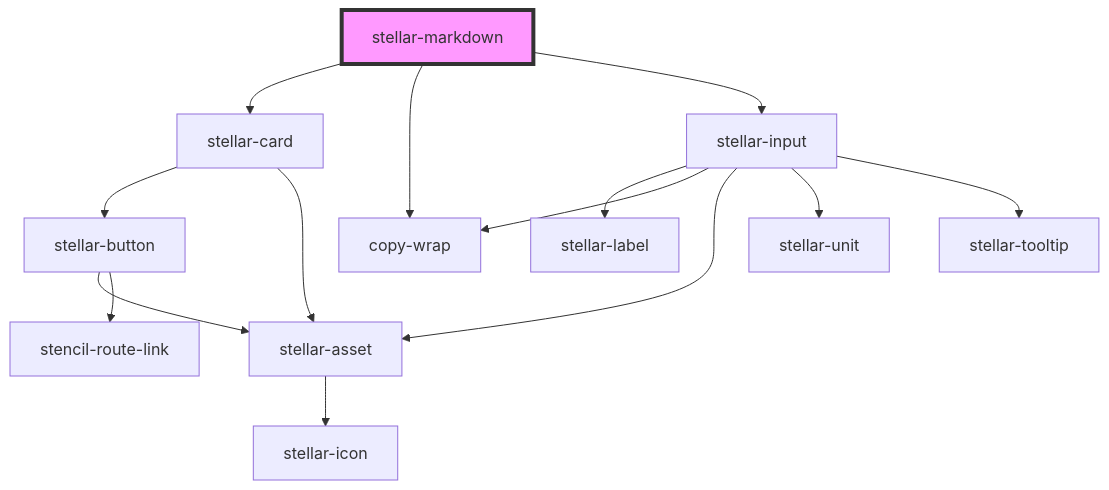
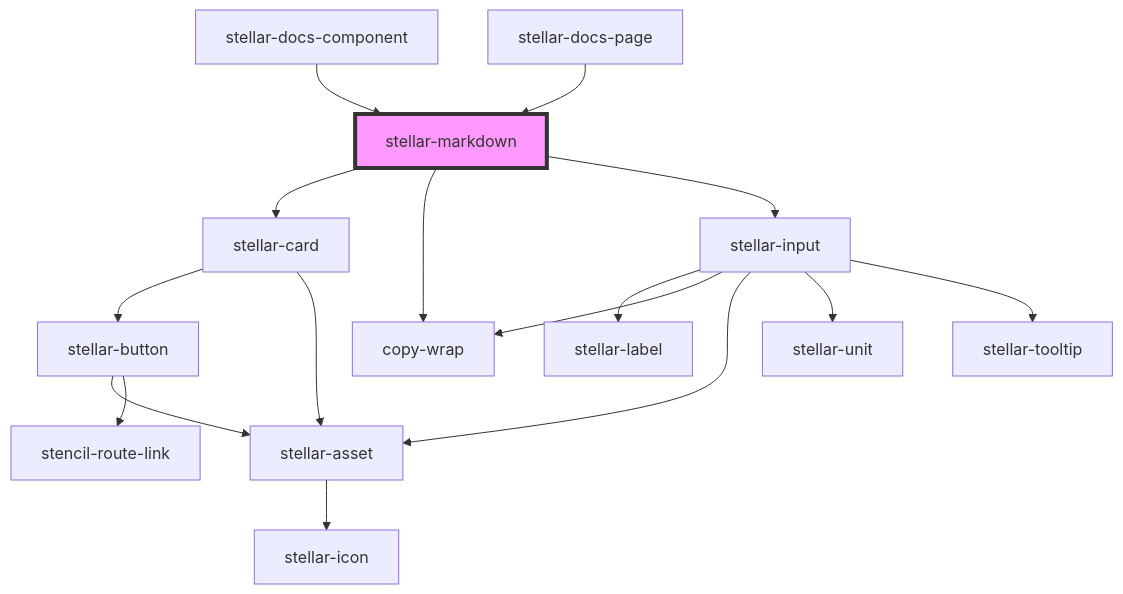
One commit to splitinfinities/Stellar changed the diagram in src/components/helpers/markdown/readme.md. Above: the diagram before and after it, drawn with Mermaid. The commit also changed other lines of this file and 50 other files, not shown here.

````diff
--- a/src/components/helpers/markdown/readme.md
+++ b/src/components/helpers/markdown/readme.md
@@ -48,17 +53,19 @@
 ```mermaid
 graph TD;
   stellar-markdown --> stellar-card
   stellar-markdown --> copy-wrap
   stellar-markdown --> stellar-input
   stellar-card --> stellar-button
   stellar-card --> stellar-asset
   stellar-button --> stellar-asset
   stellar-button --> stencil-route-link
   stellar-asset --> stellar-icon
   stellar-input --> stellar-label
   stellar-input --> copy-wrap
   stellar-input --> stellar-asset
   stellar-input --> stellar-unit
   stellar-input --> stellar-tooltip
+  stellar-docs-component --> stellar-markdown
+  stellar-docs-page --> stellar-markdown
   style stellar-markdown fill:#f9f,stroke:#333,stroke-width:4px
 ```
````
